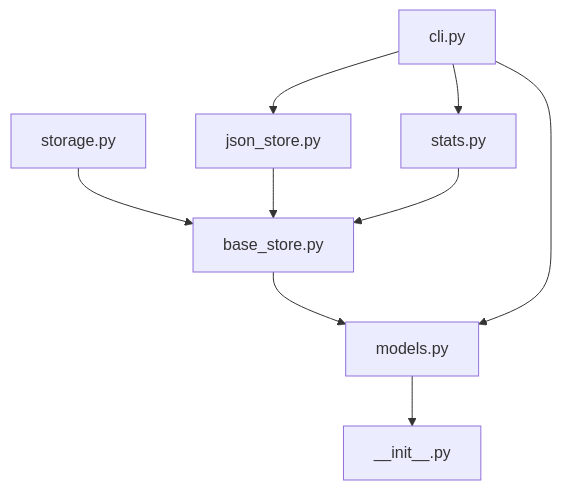
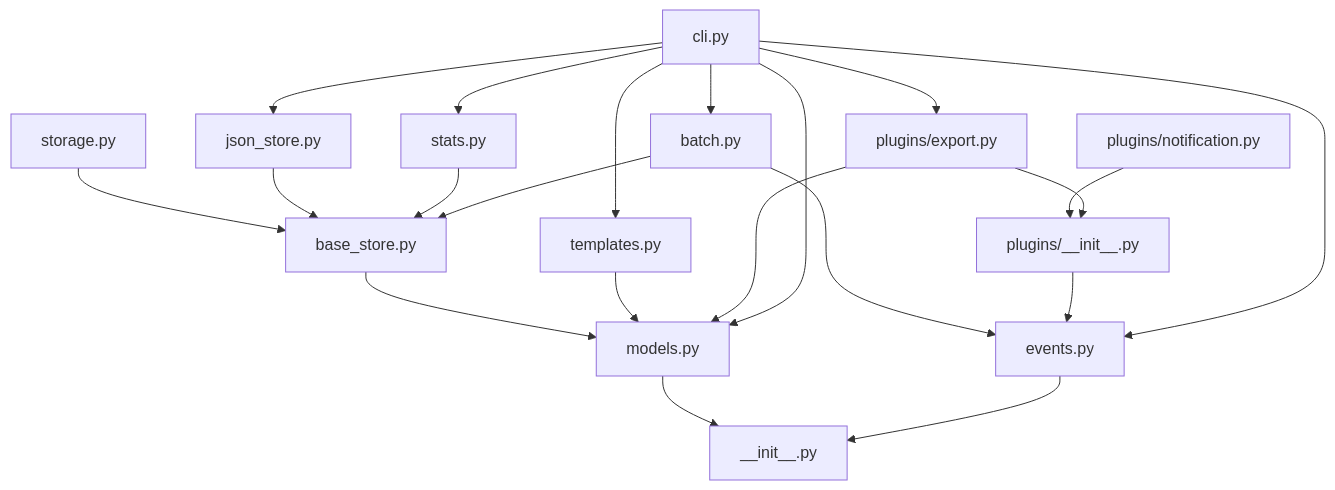
Before and after one commit to TheBinKing/dif-test: the diagram in docs/architecture/modules.md, drawn with Mermaid. The commit also changed other lines of this file and 6 other files, not shown here.

````diff
--- a/docs/architecture/modules.md
+++ b/docs/architecture/modules.md
@@ -250,12 +292,27 @@
 ```mermaid
 graph TD
     A[__init__.py] 
     B[models.py] --> A
     C[base_store.py] --> B
     D[storage.py] --> C
     E[json_store.py] --> C
     F[stats.py] --> C
-    G[cli.py] --> E
-    G --> F
-    G --> B
+    
+    G[events.py] --> A
+    H[templates.py] --> B
+    I[batch.py] --> C
+    I --> G
+    
+    J[plugins/__init__.py] --> G
+    K[plugins/notification.py] --> J
+    L[plugins/export.py] --> J
+    L --> B
+    
+    M[cli.py] --> E
+    M --> F
+    M --> B
+    M --> G
+    M --> H
+    M --> I
+    M --> L
 ```
````
